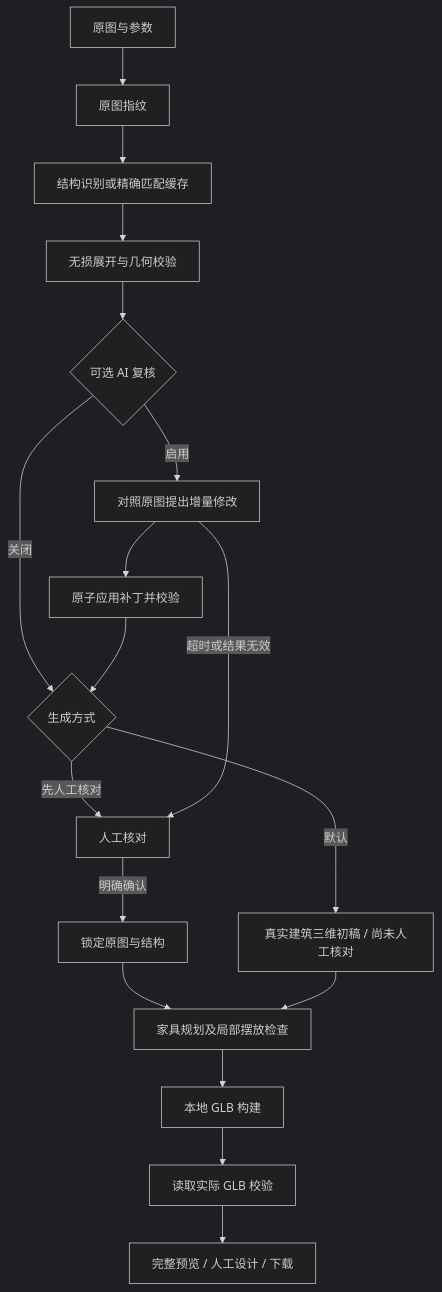
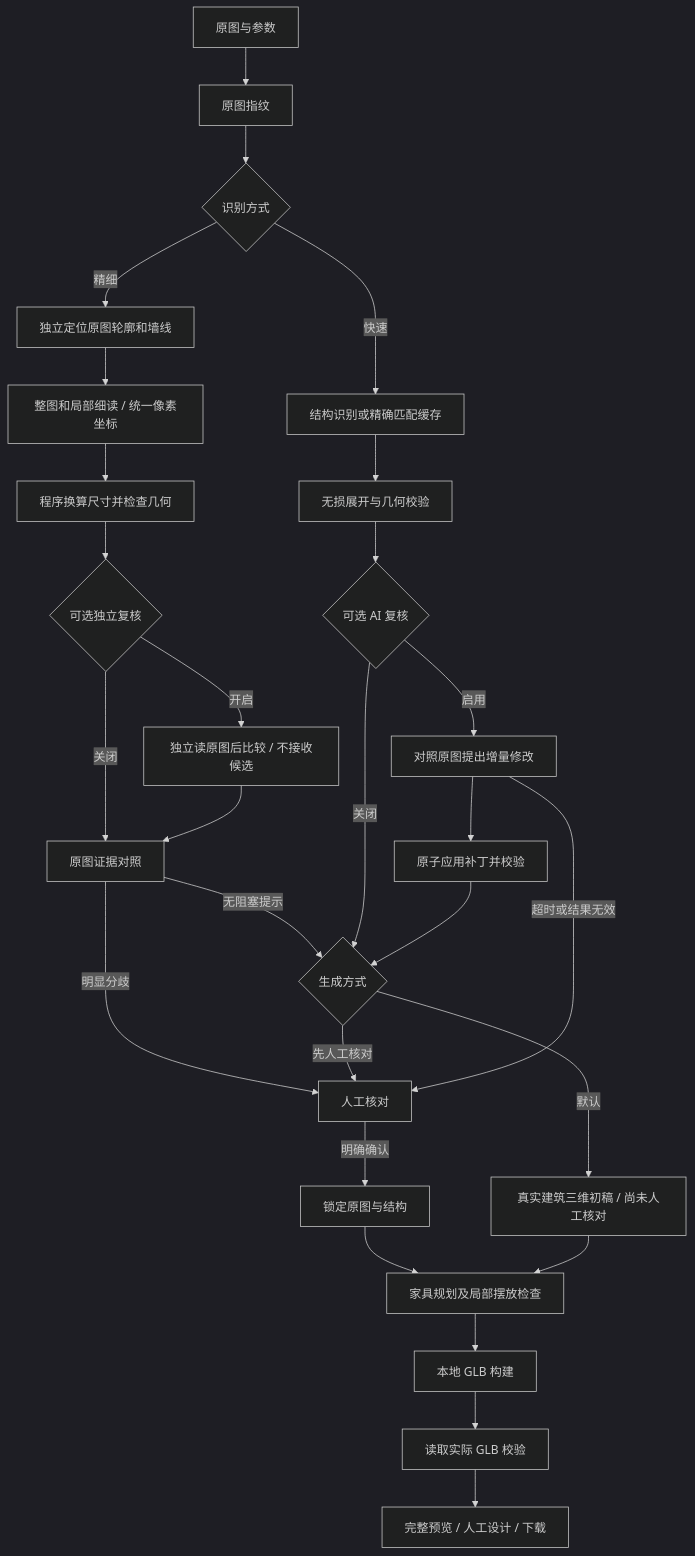
The diagram in docs/ai-pipeline-design.md (Li-Rui-Zhe/LayoutSculpt), drawn with Mermaid (dark theme) before and after one commit. The commit also changed other lines of this file and 43 other files, not shown here.

First line of the commit message:
feat: 优化户型精细识别与原图核对工作流

````diff
--- a/docs/ai-pipeline-design.md
+++ b/docs/ai-pipeline-design.md
@@ -9,20 +9,30 @@
 ```mermaid
 flowchart TD
     A[原图与参数] --> B[原图指纹]
-    B --> C[结构识别或精确匹配缓存]
+    B --> Q{识别方式}
+    Q -->|快速| C[结构识别或精确匹配缓存]
+    Q -->|精细| S[独立定位原图轮廓和墙线]
+    S --> T[整图和局部细读 / 统一像素坐标]
+    T --> U[程序换算尺寸并检查几何]
+    U --> V{可选独立复核}
+    V -->|开启| W[独立读原图后比较 / 不接收候选]
+    V -->|关闭| X[原图证据对照]
+    W --> X
+    X -->|明显分歧| H
+    X -->|无阻塞提示| R
     C --> D[无损展开与几何校验]
     D --> E{可选 AI 复核}
     E -->|启用| F[对照原图提出增量修改]
     F --> G[原子应用补丁并校验]
     E -->|关闭| R{生成方式}
     G --> R
     R -->|默认| P[真实建筑三维初稿 / 尚未人工核对]
     R -->|先人工核对| H[人工核对]
     F -->|超时或结果无效| H
     H -->|明确确认| I[锁定原图与结构]
     I --> J[家具规划及局部摆放检查]
     P --> J
     J --> K[本地 GLB 构建]
     K --> L[读取实际 GLB 校验]
     L --> M[完整预览 / 人工设计 / 下载]
 ```
````
